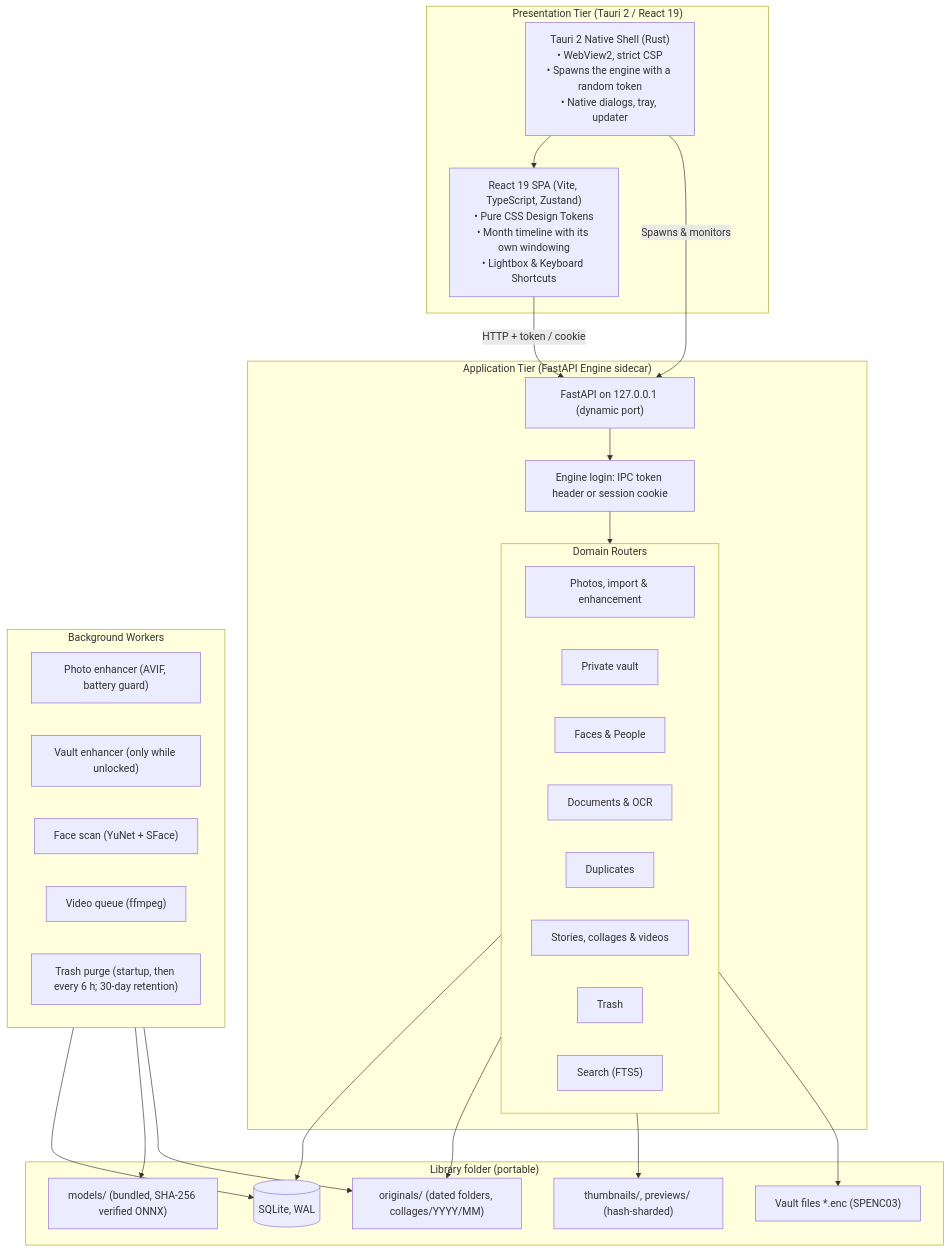
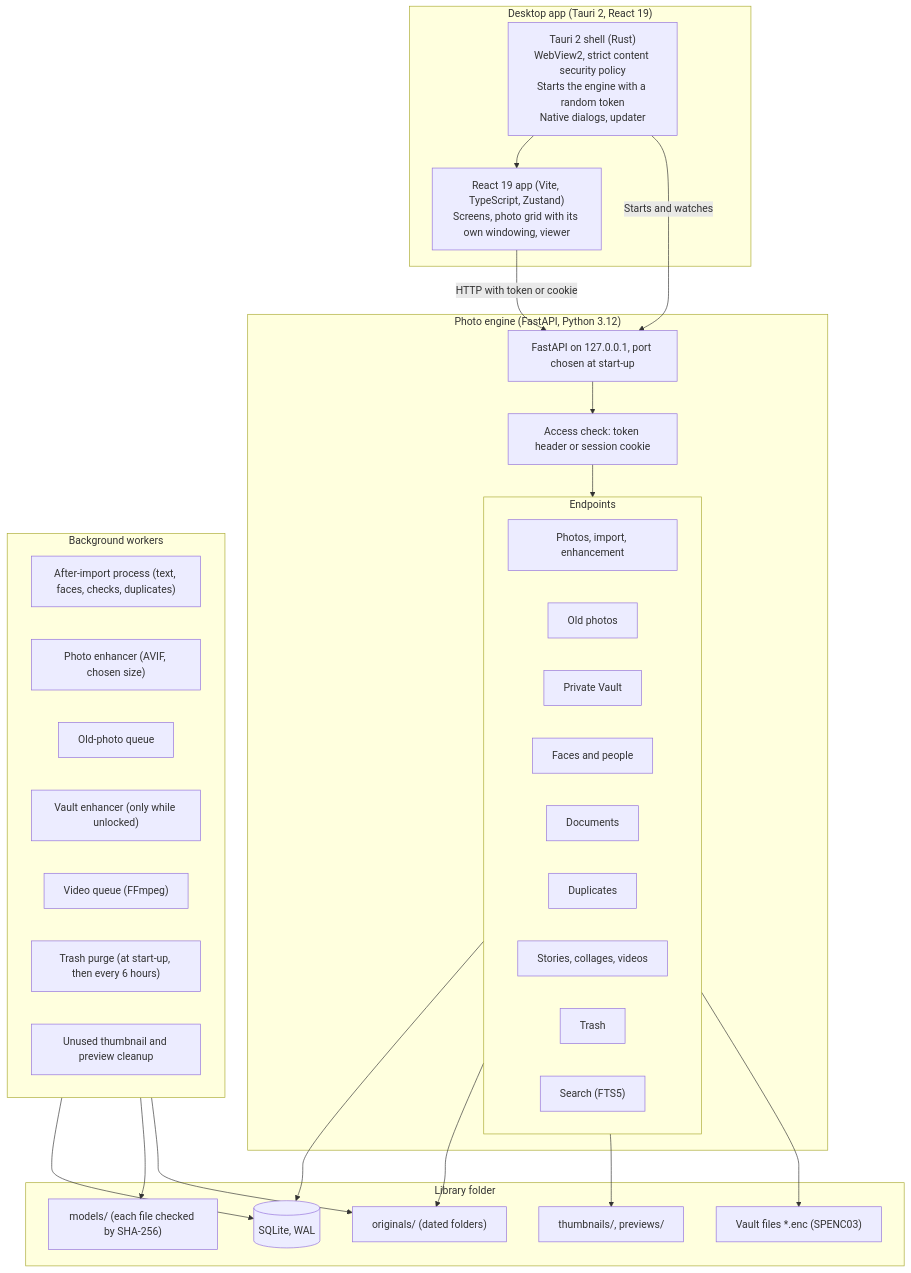
The first of 6 diagrams in docs/architecture.md (SumitKanchan4/SecurePhotos), drawn with Mermaid before and after one commit. The commit also changed other lines of this file and 10 other files, not shown here.

````diff
--- a/docs/architecture.md
+++ b/docs/architecture.md
@@ -17,51 +15,54 @@
 ```mermaid
 graph TB
-    subgraph UI_Layer ["Presentation Tier (Tauri 2 / React 19)"]
-        ReactUI["React 19 SPA (Vite, TypeScript, Zustand)<br/>• Pure CSS Design Tokens<br/>• Month timeline with its own windowing<br/>• Lightbox & Keyboard Shortcuts"]
-        TauriShell["Tauri 2 Native Shell (Rust)<br/>• WebView2, strict CSP<br/>• Spawns the engine with a random token<br/>• Native dialogs, tray, updater"]
+    subgraph UI_Layer ["Desktop app (Tauri 2, React 19)"]
+        ReactUI["React 19 app (Vite, TypeScript, Zustand)<br/>Screens, photo grid with its own windowing, viewer"]
+        TauriShell["Tauri 2 shell (Rust)<br/>WebView2, strict content security policy<br/>Starts the engine with a random token<br/>Native dialogs, updater"]
         TauriShell --> ReactUI
     end
 
-    subgraph Service_Layer ["Application Tier (FastAPI Engine sidecar)"]
-        FastAPIApp["FastAPI on 127.0.0.1 (dynamic port)"]
-        AuthMiddleware["Engine login: IPC token header or session cookie"]
-        subgraph Domain_Routers ["Domain Routers"]
-            PhotosR["Photos, import & enhancement"]
-            VaultR["Private vault"]
-            PeopleR["Faces & People"]
-            DocsR["Documents & OCR"]
+    subgraph Service_Layer ["Photo engine (FastAPI, Python 3.12)"]
+        FastAPIApp["FastAPI on 127.0.0.1, port chosen at start-up"]
+        AuthMiddleware["Access check: token header or session cookie"]
+        subgraph Domain_Routers ["Endpoints"]
+            PhotosR["Photos, import, enhancement"]
+            RestoreR["Old photos"]
+            VaultR["Private Vault"]
+            PeopleR["Faces and people"]
+            DocsR["Documents"]
             DupR["Duplicates"]
-            StoriesR["Stories, collages & videos"]
+            StoriesR["Stories, collages, videos"]
             TrashR["Trash"]
             SearchR["Search (FTS5)"]
         end
         FastAPIApp --> AuthMiddleware
         AuthMiddleware --> Domain_Routers
     end
 
-    subgraph Background_Workers ["Background Workers"]
-        Enhancer["Photo enhancer (AVIF, battery guard)"]
+    subgraph Background_Workers ["Background workers"]
+        AfterImport["After-import process (text, faces, checks, duplicates)"]
+        Enhancer["Photo enhancer (AVIF, chosen size)"]
+        Restore["Old-photo queue"]
         VaultEnhancer["Vault enhancer (only while unlocked)"]
-        FaceWorker["Face scan (YuNet + SFace)"]
-        VideoWorker["Video queue (ffmpeg)"]
-        TrashWorker["Trash purge (startup, then every 6 h; 30-day retention)"]
+        VideoWorker["Video queue (FFmpeg)"]
+        TrashWorker["Trash purge (at start-up, then every 6 hours)"]
+        Cleanup["Unused thumbnail and preview cleanup"]
     end
 
-    subgraph Storage_Tier ["Library folder (portable)"]
+    subgraph Storage_Tier ["Library folder"]
         DB[(SQLite, WAL)]
-        Originals["originals/ (dated folders, collages/YYYY/MM)"]
-        ThumbStore["thumbnails/, previews/ (hash-sharded)"]
+        Originals["originals/ (dated folders)"]
+        ThumbStore["thumbnails/, previews/"]
         EncryptedVault["Vault files *.enc (SPENC03)"]
-        ModelsDir["models/ (bundled, SHA-256 verified ONNX)"]
+        ModelsDir["models/ (each file checked by SHA-256)"]
     end
 
-    ReactUI -->|HTTP + token / cookie| FastAPIApp
-    TauriShell -->|Spawns & monitors| FastAPIApp
+    ReactUI -->|HTTP with token or cookie| FastAPIApp
+    TauriShell -->|Starts and watches| FastAPIApp
     Domain_Routers --> DB
     Domain_Routers --> Originals
     Domain_Routers --> ThumbStore
     Domain_Routers --> EncryptedVault
     Background_Workers --> DB
     Background_Workers --> ModelsDir
     Background_Workers --> Originals
 ```
````
